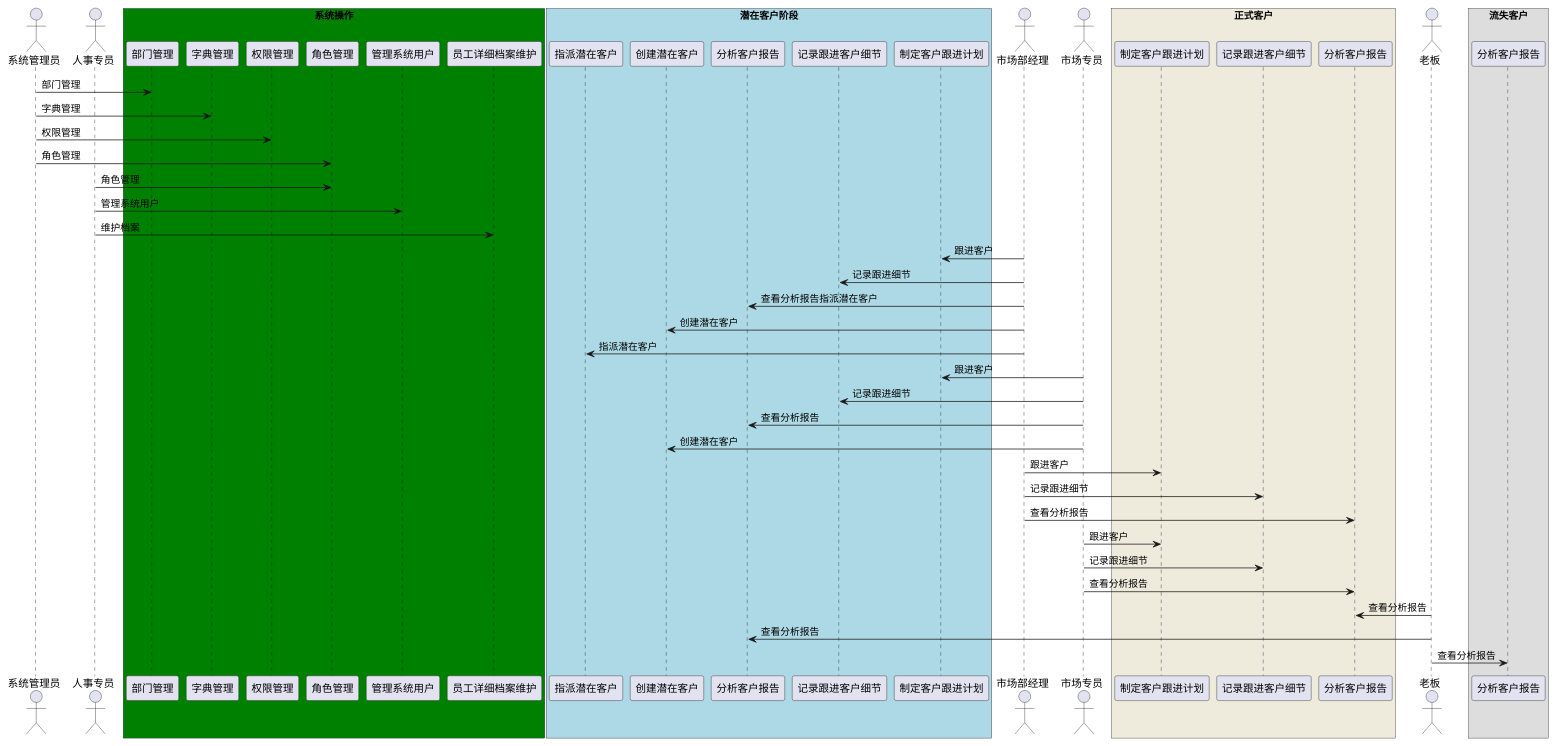
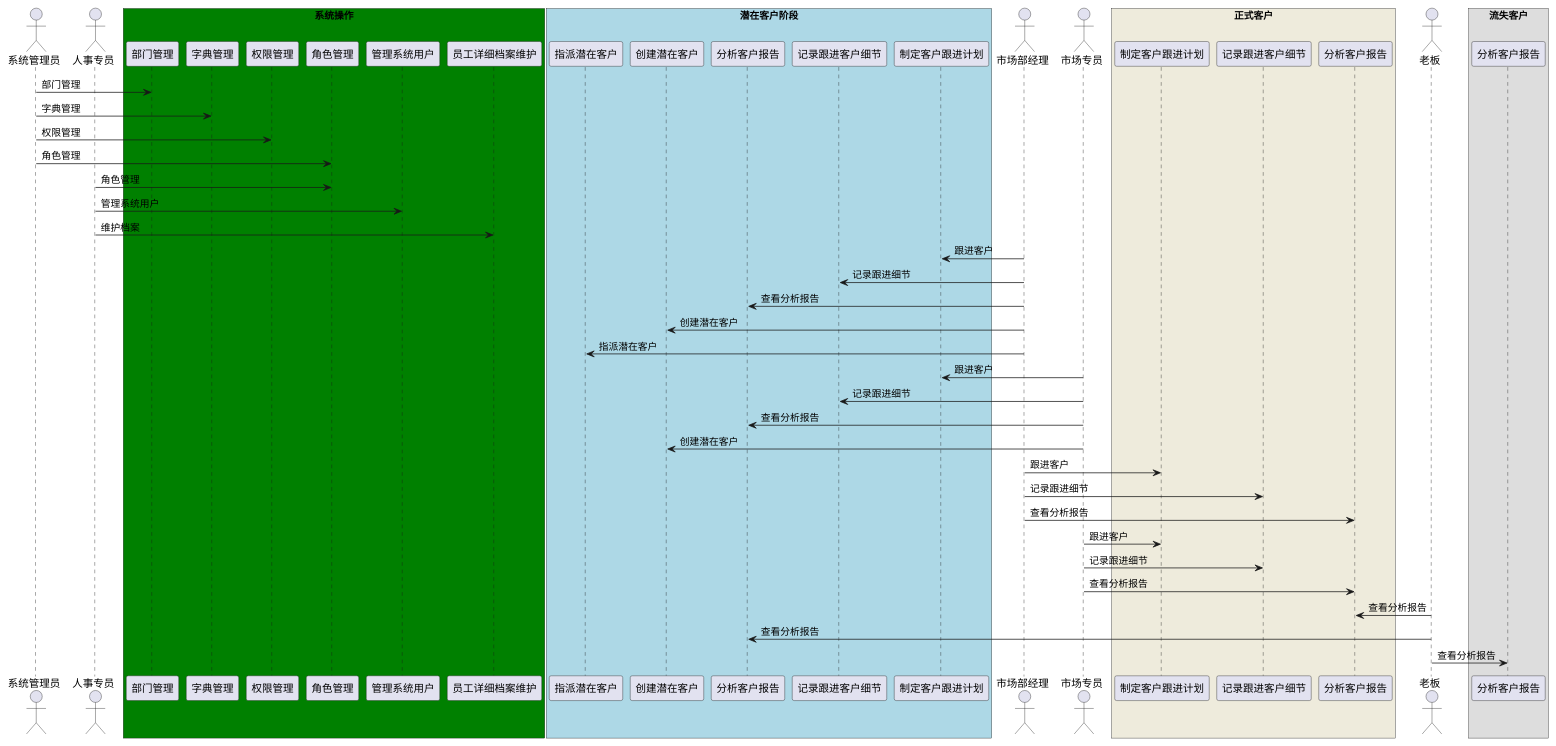
The diagram in uml/sysuml.puml (jzy2046/crm), drawn with PlantUML before and after one commit.

Commit message:
修改流程图错误

```diff
--- a/uml/sysuml.puml
+++ b/uml/sysuml.puml
@@ -1,59 +1,59 @@
 @startuml
 'https://plantuml.com/sequence-diagram
 actor 系统管理员 as Foo1
 actor 人事专员 as Foo2
 box "系统操作" #green
 participant 部门管理 as FoolSys1
 participant 字典管理 as FoolSys2
 participant 权限管理 as FoolSys3
 participant 角色管理 as FoolSys4
 participant 管理系统用户 as FoolSys5
 participant 员工详细档案维护 as FoolSys6
 end box
 Foo1 -> FoolSys1 : 部门管理
 Foo1 -> FoolSys2 : 字典管理
 Foo1 -> FoolSys3 : 权限管理
 Foo1 -> FoolSys4 : 角色管理
 Foo2 -> FoolSys4 : 角色管理
 Foo2 -> FoolSys5 : 管理系统用户
 Foo2 -> FoolSys6 : 维护档案
 
 box "潜在客户阶段" #LightBlue
 participant 指派潜在客户 as FoolSale2
 participant 创建潜在客户 as FoolSale1
 participant 分析客户报告 as FoolSale5
 participant 记录跟进客户细节 as FoolSale4
 participant 制定客户跟进计划 as FoolSale3
 end box
 actor 市场部经理 as Foo3
 actor 市场专员 as Foo4
 Foo3 -> FoolSale3 : 跟进客户
 Foo3 -> FoolSale4 : 记录跟进细节
-Foo3 -> FoolSale5 : 查看分析报告指派潜在客户
+Foo3 -> FoolSale5 : 查看分析报告
 Foo3 -> FoolSale1 : 创建潜在客户
 Foo3 -> FoolSale2 : 指派潜在客户
 Foo4 -> FoolSale3 : 跟进客户
 Foo4 -> FoolSale4 : 记录跟进细节
 Foo4 -> FoolSale5 : 查看分析报告
 Foo4 -> FoolSale1 : 创建潜在客户
 box "正式客户" #EEEBDC
 participant 制定客户跟进计划 as FoolProSale1
 participant 记录跟进客户细节 as FoolProSale2
 participant 分析客户报告 as FoolProSale3
 end box
 
 Foo3 -> FoolProSale1 : 跟进客户
 Foo3 -> FoolProSale2 : 记录跟进细节
 Foo3 -> FoolProSale3 : 查看分析报告
 Foo4 -> FoolProSale1 : 跟进客户
 Foo4 -> FoolProSale2 : 记录跟进细节
 Foo4 -> FoolProSale3 : 查看分析报告
 
 actor 老板 as Foo5
 box "流失客户"
 participant 分析客户报告 as FoolMissSale1
 end box
 Foo5 -> FoolProSale3 : 查看分析报告
 Foo5 -> FoolSale5 : 查看分析报告
 Foo5 -> FoolMissSale1 : 查看分析报告
 @enduml
```
